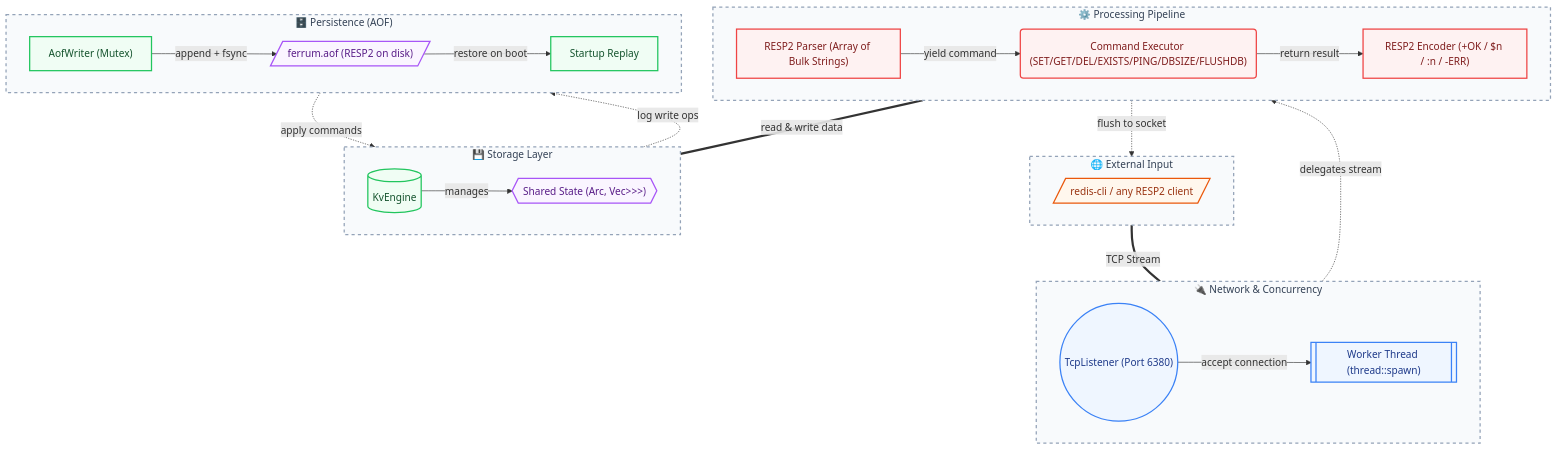
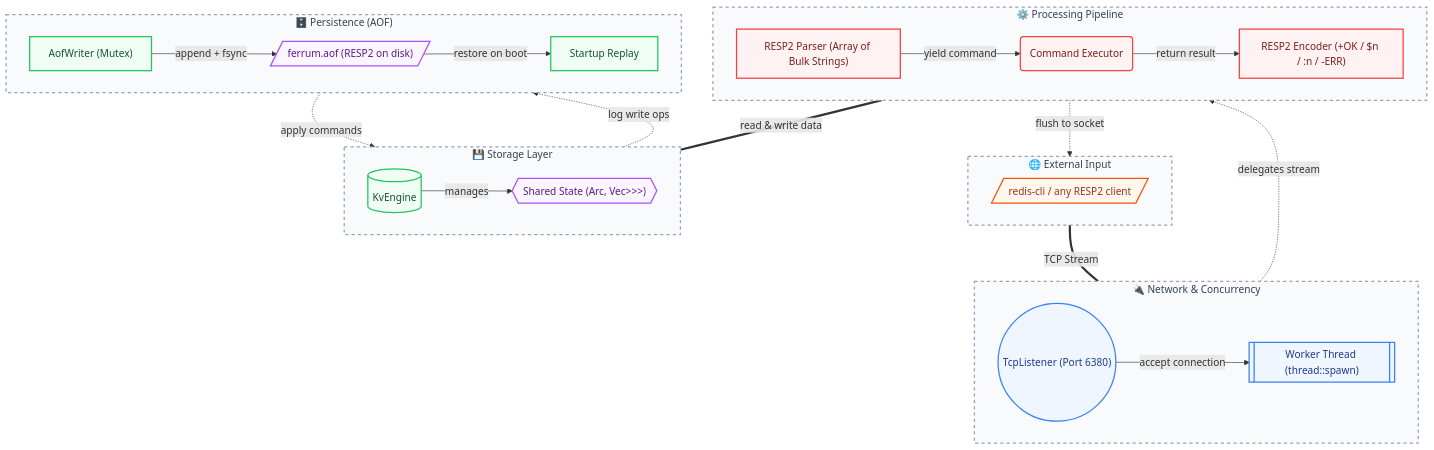
Before and after one commit to phaethix/ferrum-kv: the diagram in README.md, drawn with Mermaid. The commit also changed other lines of this file, not shown here.

````diff
--- a/README.md
+++ b/README.md
@@ -7,72 +7,72 @@
 ```mermaid
 flowchart TB
     %% 1. Global Tailwind Colors
     classDef runtime fill:#f8fafc,stroke:#94a3b8,stroke-width:2px,color:#334155,stroke-dasharray: 5 5
     classDef engine fill:#eff6ff,stroke:#3b82f6,stroke-width:2px,color:#1e3a8a
     classDef entity fill:#fef2f2,stroke:#ef4444,stroke-width:2px,color:#7f1d1d
     classDef resource fill:#f0fdf4,stroke:#22c55e,stroke-width:2px,color:#14532d
     classDef config fill:#faf5ff,stroke:#a855f7,stroke-width:2px,color:#581c87
     classDef ext fill:#fff7ed,stroke:#ea580c,stroke-width:2px,color:#9a3412
 
     %% 2. External Clients
     subgraph ClientLayer ["🌐 External Input"]
         direction LR
         Client[/"redis-cli / any RESP2 client"/]
     end
 
     %% 3. Network & Concurrency
     subgraph NetLayer ["🔌 Network & Concurrency"]
         direction LR
         Listener(("TcpListener (Port 6380)"))
         WorkerThread[["Worker Thread (thread::spawn)"]]
 
         Listener -->|"accept connection"| WorkerThread
     end
 
     %% 4. Command Processing Pipeline
     subgraph ProcessLayer ["⚙️ Processing Pipeline"]
         direction LR
         Parser["RESP2 Parser (Array of Bulk Strings)"]
-        Exec("Command Executor (SET/GET/DEL/EXISTS/PING/DBSIZE/FLUSHDB)")
+        Exec("Command Executor")
         Encoder["RESP2 Encoder (+OK / $n / :n / -ERR)"]
 
         Parser -->|"yield command"| Exec
         Exec -->|"return result"| Encoder
     end
 
     %% 5. Storage Engine
     subgraph StoreLayer ["💾 Storage Layer"]
         direction LR
         Engine[("KvEngine")]
         State{{"Shared State (Arc<RwLock<HashMap<Vec<u8>, Vec<u8>>>>)"}}
 
         Engine -->|"manages"| State
     end
 
     %% 6. Persistence Layer
     subgraph PersistLayer ["🗄️ Persistence (AOF)"]
         direction LR
         AofWriter["AofWriter (Mutex<File>)"]
         AofFile[/"ferrum.aof (RESP2 on disk)"/]
         Replay["Startup Replay"]
 
         AofWriter -->|"append + fsync"| AofFile
         AofFile -->|"restore on boot"| Replay
     end
 
     %% 7. Cross-System Data Flow
     ClientLayer == "TCP Stream" === NetLayer
     WorkerThread -.->|"delegates stream"| ProcessLayer
     ProcessLayer == "read & write data" === StoreLayer
     StoreLayer -.->|"log write ops"| PersistLayer
     Replay -.->|"apply commands"| Engine
     Encoder -.->|"flush to socket"| Client
 
     %% 8. Apply Styles
     class ClientLayer,NetLayer,ProcessLayer,StoreLayer,PersistLayer runtime
     class Client ext
     class Listener,WorkerThread engine
     class Parser,Exec,Encoder entity
     class Engine,AofWriter,Replay resource
     class State,AofFile config
 ```
````
